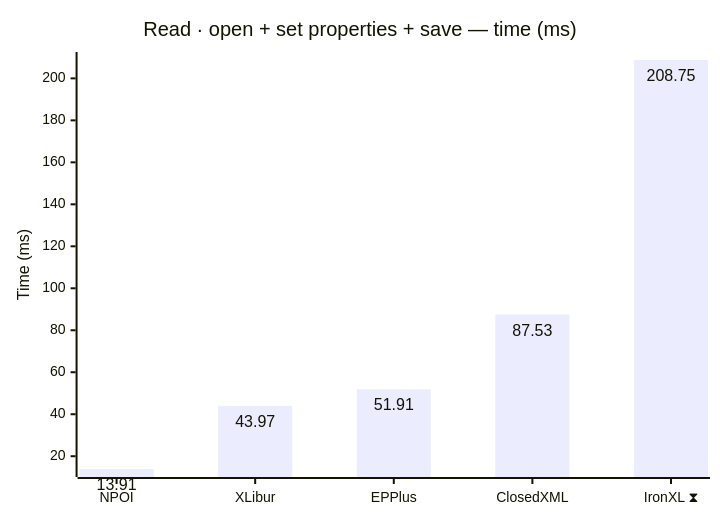
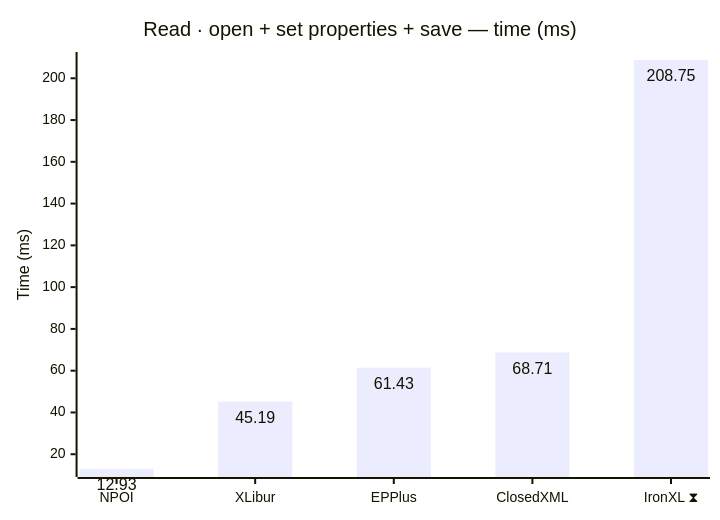
One commit to jafin/XLBench changed the first of 12 diagrams in docs/results-ci.md. Above: the diagram before and after it, drawn with Mermaid. The commit also changed other lines of this file, not shown here.

````diff
--- a/docs/results-ci.md
+++ b/docs/results-ci.md
@@ -41,12 +41,12 @@
 ```mermaid
 ---
 config:
   xyChart:
     showDataLabel: true
 ---
 xychart-beta
     title "Read · open + set properties + save — time (ms)"
     x-axis ["NPOI", "XLibur", "EPPlus", "ClosedXML", "IronXL ⧗"]
     y-axis "Time (ms)"
-    bar [13.91, 43.97, 51.91, 87.53, 208.75]
+    bar [12.93, 45.19, 61.43, 68.71, 208.75]
 ```
````
